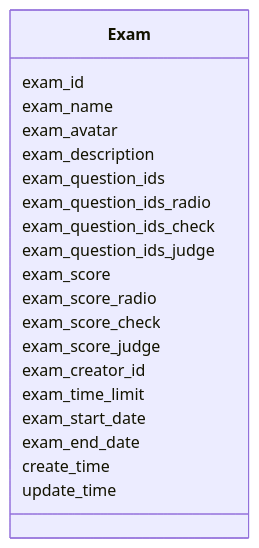
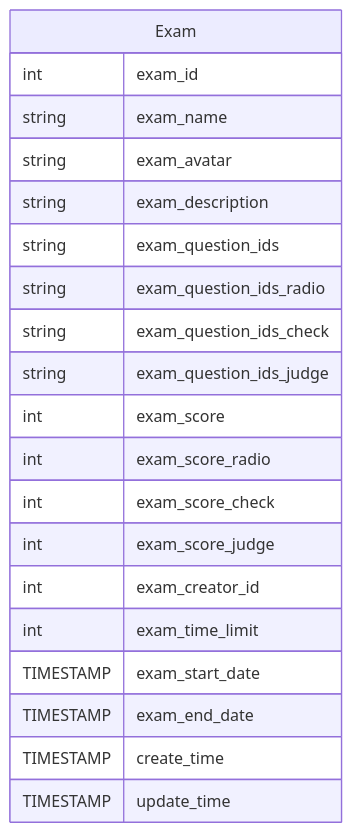
One commit to HBY-STAR/2024_Spring_CloudNative_Lab changed the third of 19 diagrams in docs_hby/lab3-task2-group-8.md. Above: the diagram before and after it, drawn with Mermaid. The commit also changed other lines of this file and 5 other files, not shown here.

````diff
--- a/docs_hby/lab3-task2-group-8.md
+++ b/docs_hby/lab3-task2-group-8.md
@@ -121,23 +124,23 @@
 ```mermaid
-classDiagram
-    class Exam {
-        exam_id
-        exam_name
-        exam_avatar
-        exam_description
-        exam_question_ids
-        exam_question_ids_radio
-        exam_question_ids_check
-        exam_question_ids_judge
-        exam_score
-        exam_score_radio
-        exam_score_check
-        exam_score_judge
-        exam_creator_id
-        exam_time_limit
-        exam_start_date
-        exam_end_date
-        create_time
-        update_time
-        }
+erDiagram
+    Exam {
+        int exam_id
+        string exam_name
+        string exam_avatar
+        string exam_description
+        string exam_question_ids
+        string exam_question_ids_radio
+        string exam_question_ids_check
+        string exam_question_ids_judge
+        int exam_score
+        int exam_score_radio
+        int exam_score_check
+        int exam_score_judge
+        int exam_creator_id
+        int exam_time_limit
+        TIMESTAMP exam_start_date
+        TIMESTAMP exam_end_date
+        TIMESTAMP create_time
+        TIMESTAMP update_time
+    }
 ```
````
